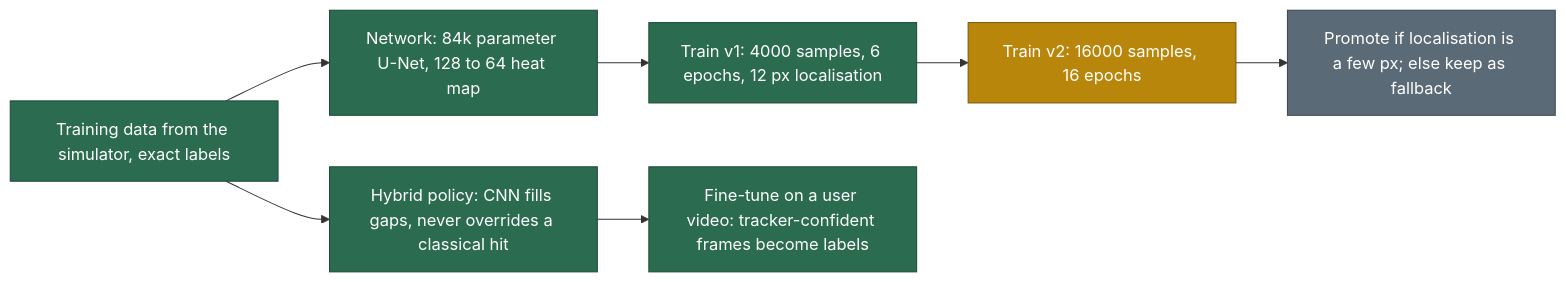
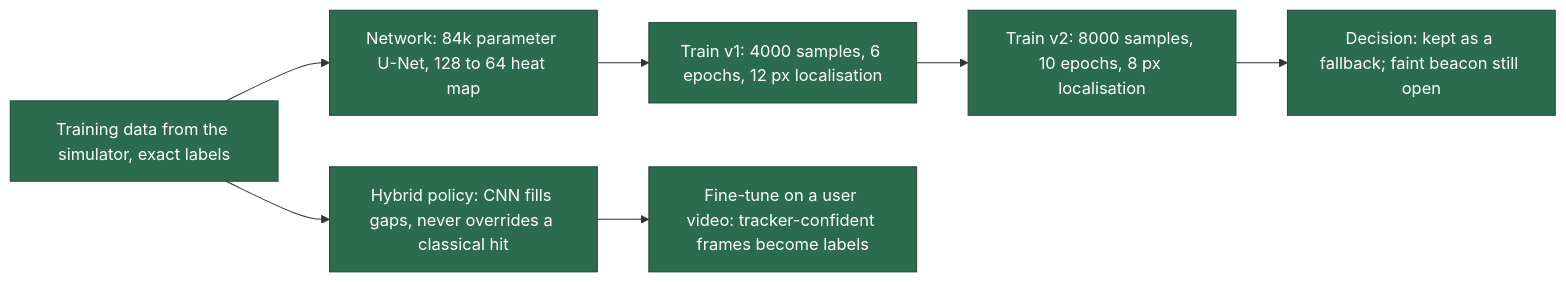
One commit to tanmayhutt/SIH26169 changed the fourth of 5 diagrams in PROGRESS.md. Above: the diagram before and after it, drawn with Mermaid. The commit also changed 4 other files, not shown here.

````diff
--- a/PROGRESS.md
+++ b/PROGRESS.md
@@ -170,12 +170,12 @@
 ```mermaid
 flowchart LR
     classDef done fill:#2B6B50,stroke:#1d4a37,color:#fff
     classDef wip  fill:#B8860B,stroke:#7a5a07,color:#fff
     classDef todo fill:#5a6b77,stroke:#3c4850,color:#fff
     a[Training data from the simulator, exact labels]:::done --> b[Network: 84k parameter U-Net, 128 to 64 heat map]:::done
     b --> c[Train v1: 4000 samples, 6 epochs, 12 px localisation]:::done
-    c --> d[Train v2: 16000 samples, 16 epochs]:::wip
-    d --> e[Promote if localisation is a few px; else keep as fallback]:::todo
+    c --> d[Train v2: 8000 samples, 10 epochs, 8 px localisation]:::done
+    d --> e[Decision: kept as a fallback; faint beacon still open]:::done
     a --> f[Hybrid policy: CNN fills gaps, never overrides a classical hit]:::done
     f --> g[Fine-tune on a user video: tracker-confident frames become labels]:::done
 ```
````
